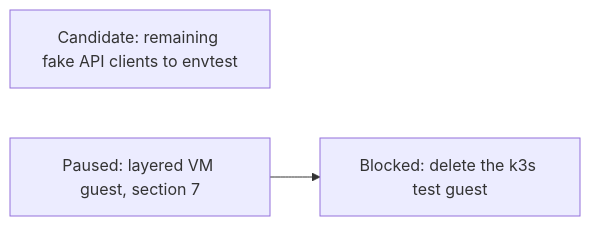
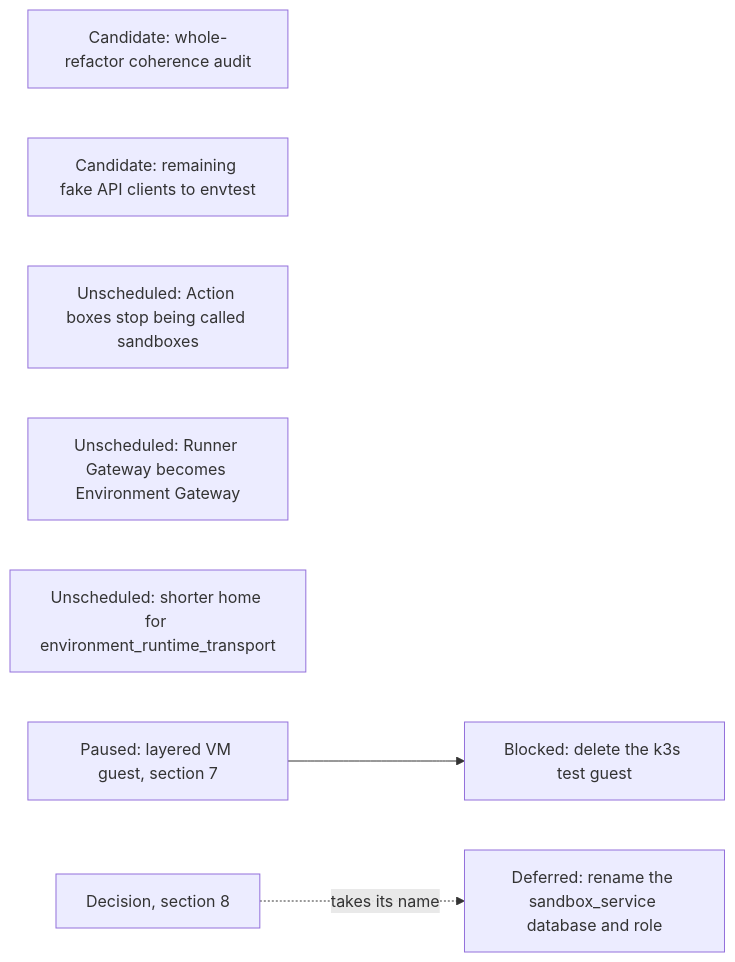
Before and after one commit to agentydragon/ducktape: diagram 17 of 18 in agentplane/plans/task_dag.md, drawn with Mermaid. The commit also changed other lines of this file, not shown here.

First line of the commit message:
agentplane: section 15 becomes the cleanup census, grouped by gate

````diff
--- a/agentplane/plans/task_dag.md
+++ b/agentplane/plans/task_dag.md
@@ -3576,5 +3517,10 @@
 ```mermaid
 flowchart LR
+    REFACTOR_COHERENCE_AUDIT[Candidate: whole-refactor coherence audit]
     FAKE_CLIENTS_TO_ENVTEST[Candidate: remaining fake API clients to envtest]
+    ACTION_BOX_RENAME[Unscheduled: Action boxes stop being called sandboxes]
+    RUNNER_GATEWAY_RENAME[Unscheduled: Runner Gateway becomes Environment Gateway]
+    TRANSPORT_PACKAGE_RENAME[Unscheduled: shorter home for environment_runtime_transport]
     RUNNER_LAYERING_VM[Paused: layered VM guest, section 7] --> K3S_TEST_GUEST_RETIRE[Blocked: delete the k3s test guest]
+    HISTORY_SERVICE_RENAME[Decision, section 8] -. takes its name .-> HISTORY_DATABASE_RENAME[Deferred: rename the sandbox_service database and role]
 ```
````
